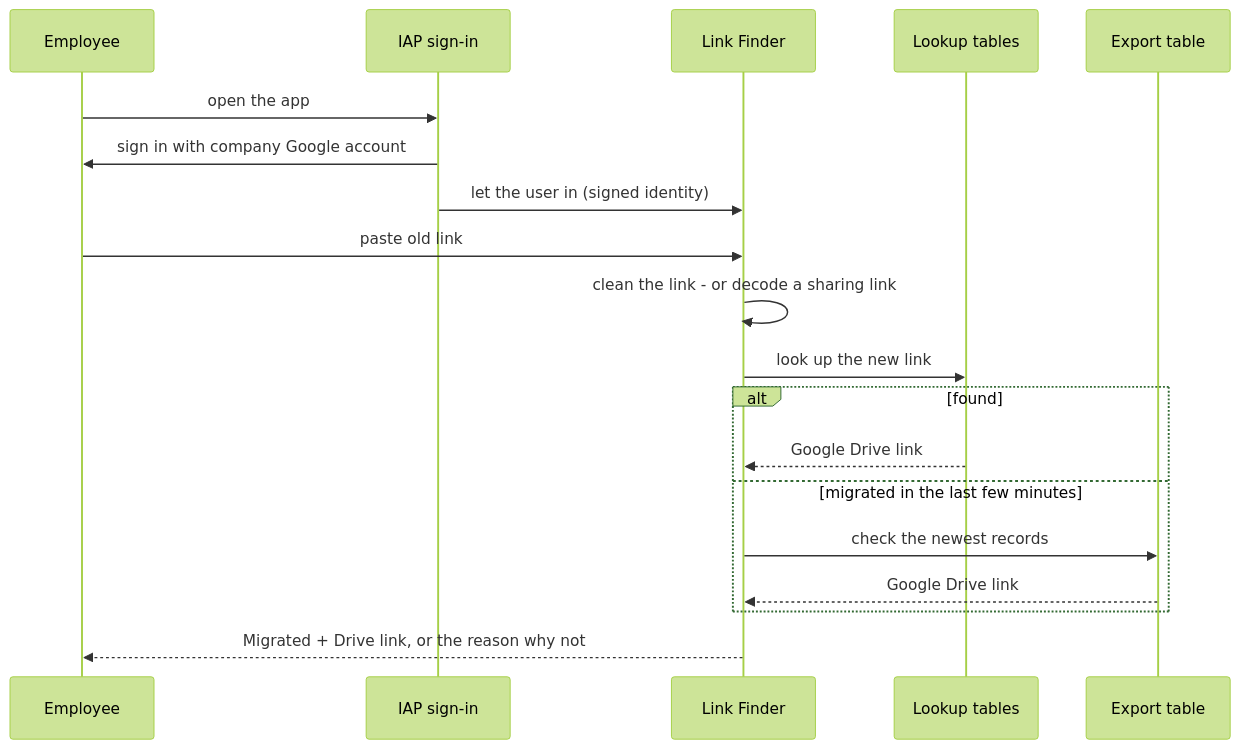
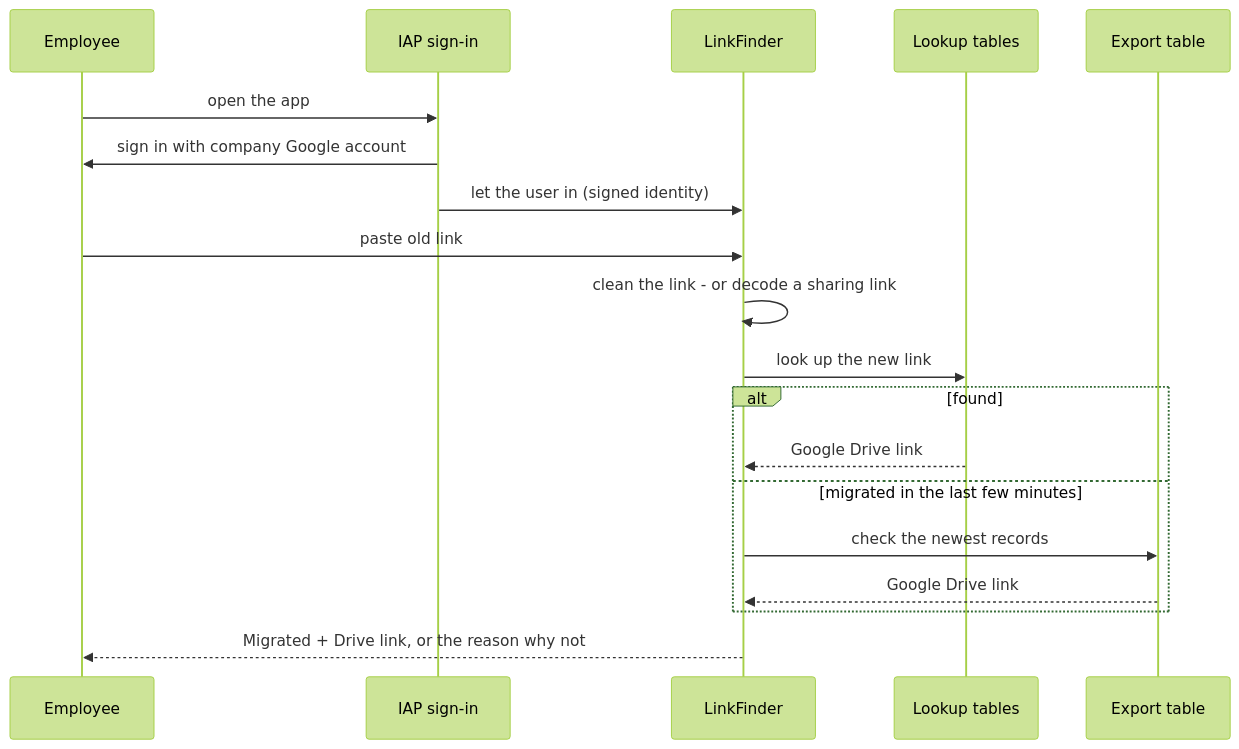
The second of 2 diagrams in CUSTOMER_SETUP.md (GYashBhilware/gws-link-converter), drawn with Mermaid (forest theme) before and after one commit. The commit also changed other lines of this file and 10 other files, not shown here.

Commit message:
v3.3: LinkFinder branding ('Developed by Yabhi'), updated page note, docs renamed to LinkFinder

````diff
--- a/CUSTOMER_SETUP.md
+++ b/CUSTOMER_SETUP.md
@@ -76,21 +76,21 @@
 ```mermaid
 sequenceDiagram
   participant E as Employee
   participant G as IAP sign-in
-  participant A as Link Finder
+  participant A as LinkFinder
   participant L as Lookup tables
   participant R as Export table
   E->>G: open the app
   G->>E: sign in with company Google account
   G->>A: let the user in (signed identity)
   E->>A: paste old link
   A->>A: clean the link - or decode a sharing link
   A->>L: look up the new link
   alt found
     L-->>A: Google Drive link
   else migrated in the last few minutes
     A->>R: check the newest records
     R-->>A: Google Drive link
   end
   A-->>E: Migrated + Drive link, or the reason why not
 ```
````
